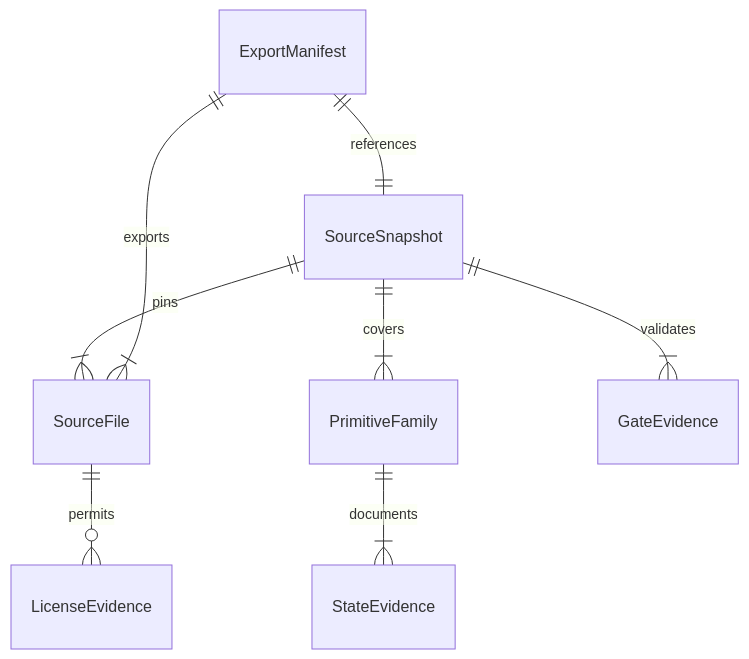
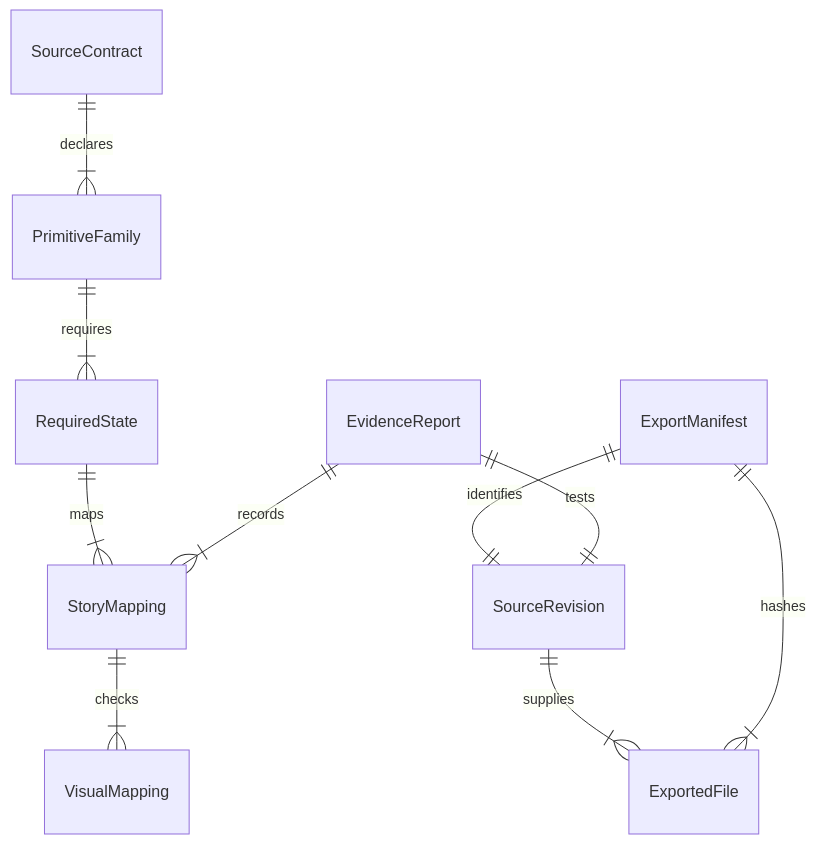
One commit to spec-kitty/spec-kitty-design changed the diagram in kitty-specs/desktop-v2-immutable-handoff-develop-01M3JSCM/data-model.md. Above: the diagram before and after it, drawn with Mermaid. The commit also changed other lines of this file and 6 other files, not shown here.

````diff
--- a/kitty-specs/desktop-v2-immutable-handoff-develop-01M3JSCM/data-model.md
+++ b/kitty-specs/desktop-v2-immutable-handoff-develop-01M3JSCM/data-model.md
@@ -5,10 +5,12 @@
 ```mermaid
 erDiagram
-  SourceSnapshot ||--|{ SourceFile : pins
-  SourceSnapshot ||--|{ PrimitiveFamily : covers
-  PrimitiveFamily ||--|{ StateEvidence : documents
-  SourceFile ||--o{ LicenseEvidence : permits
-  SourceSnapshot ||--|{ GateEvidence : validates
-  ExportManifest ||--|| SourceSnapshot : references
-  ExportManifest ||--|{ SourceFile : exports
+  SourceContract ||--|{ PrimitiveFamily : declares
+  PrimitiveFamily ||--|{ RequiredState : requires
+  RequiredState ||--|{ StoryMapping : maps
+  StoryMapping ||--|{ VisualMapping : checks
+  SourceRevision ||--|{ ExportedFile : supplies
+  ExportManifest ||--|| SourceRevision : identifies
+  ExportManifest ||--|{ ExportedFile : hashes
+  EvidenceReport ||--|| SourceRevision : tests
+  EvidenceReport ||--|{ StoryMapping : records
 ```
````
